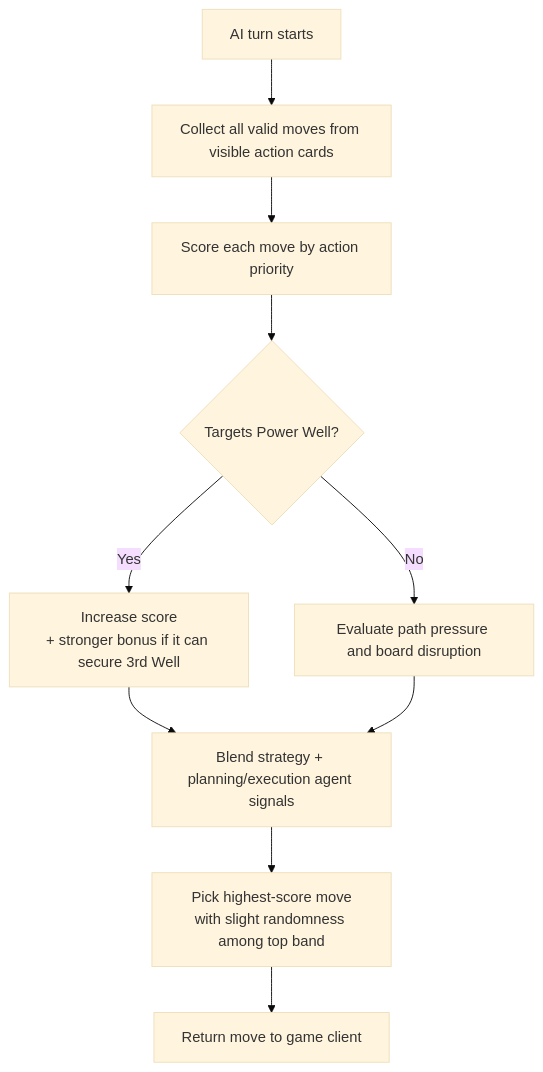
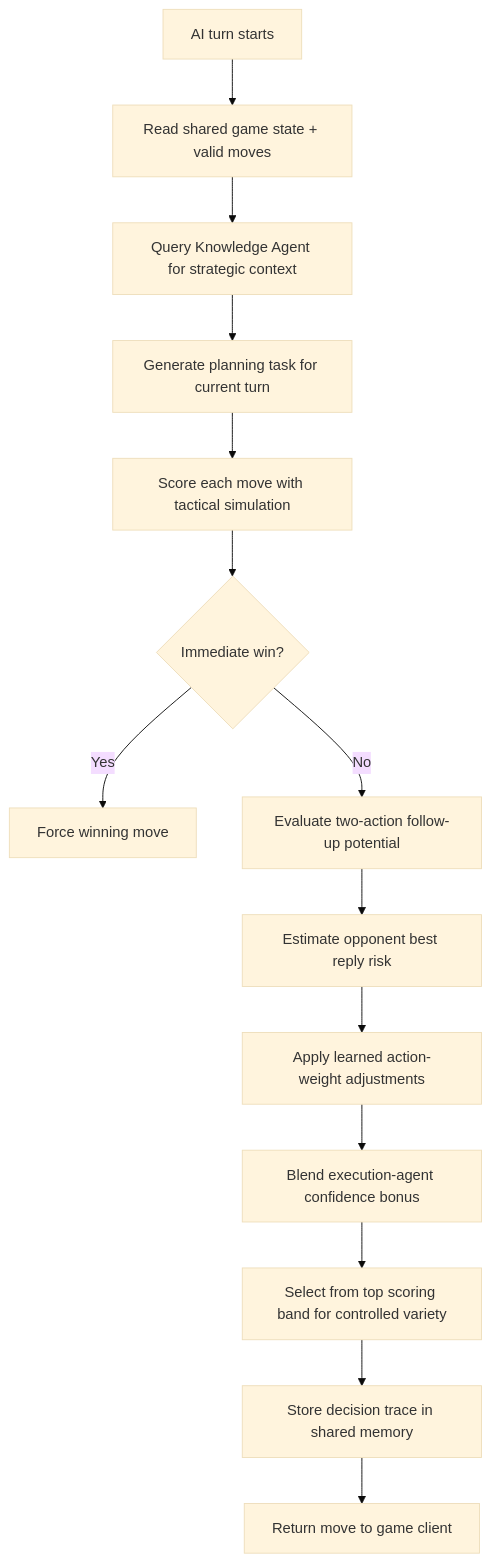
The diagram in games/aether/README.md (The-Outsider-97/SLAI), drawn with Mermaid (base theme) before and after one commit. The commit also changed other lines of this file, not shown here.

````diff
--- a/games/aether/README.md
+++ b/games/aether/README.md
@@ -40,14 +40,16 @@
 ```mermaid
 flowchart TD
-    A[AI turn starts] --> B[Collect all valid moves from visible action cards]
-    B --> C[Score each move by action priority]
-    C --> D{Targets Power Well?}
-    D -->|Yes| E[Increase score
-+ stronger bonus if it can secure 3rd Well]
-    D -->|No| F[Evaluate path pressure and board disruption]
-    E --> G[Blend strategy + planning/execution agent signals]
-    F --> G
-    G --> H[Pick highest-score move
-with slight randomness among top band]
-    H --> I[Return move to game client]
+    A[AI turn starts] --> B[Read shared game state + valid moves]
+    B --> C[Query Knowledge Agent for strategic context]
+    C --> D[Generate planning task for current turn]
+    D --> E[Score each move with tactical simulation]
+    E --> F{Immediate win?}
+    F -->|Yes| G[Force winning move]
+    F -->|No| H[Evaluate two-action follow-up potential]
+    H --> I[Estimate opponent best reply risk]
+    I --> J[Apply learned action-weight adjustments]
+    J --> K[Blend execution-agent confidence bonus]
+    K --> L[Select from top scoring band for controlled variety]
+    L --> M[Store decision trace in shared memory]
+    M --> N[Return move to game client]
 ```
````
